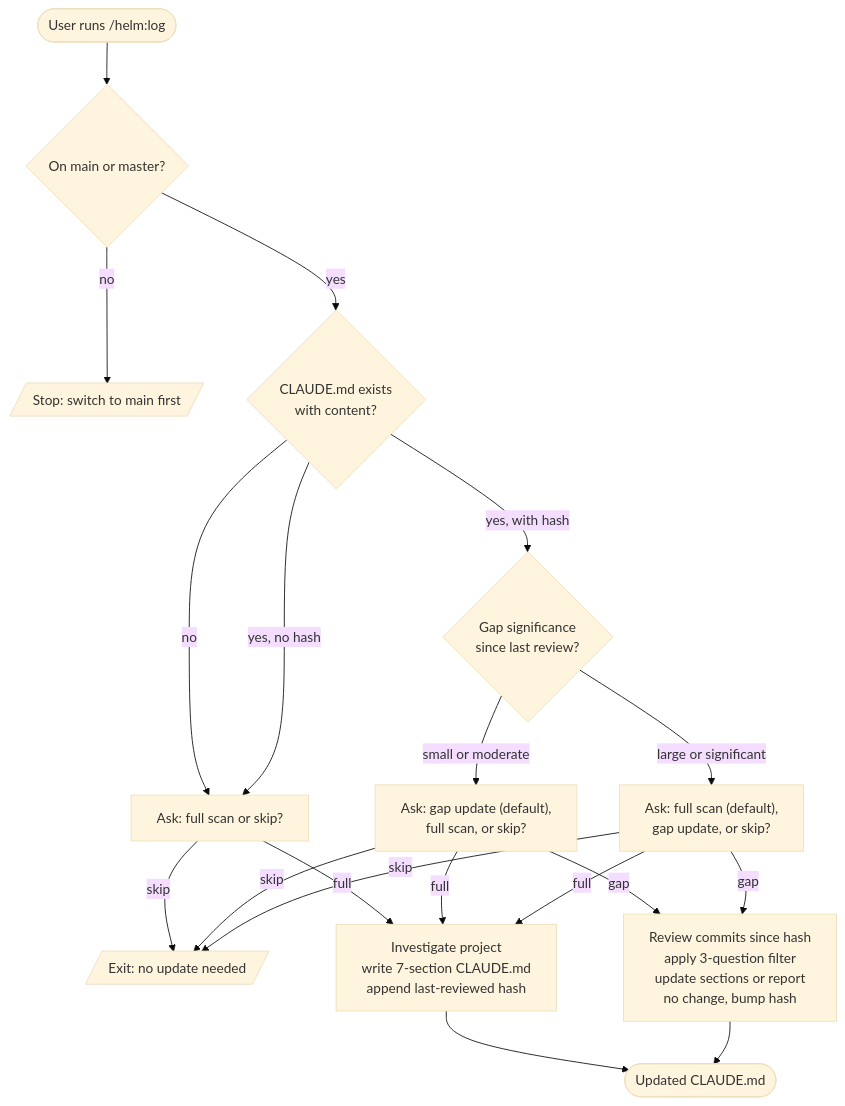
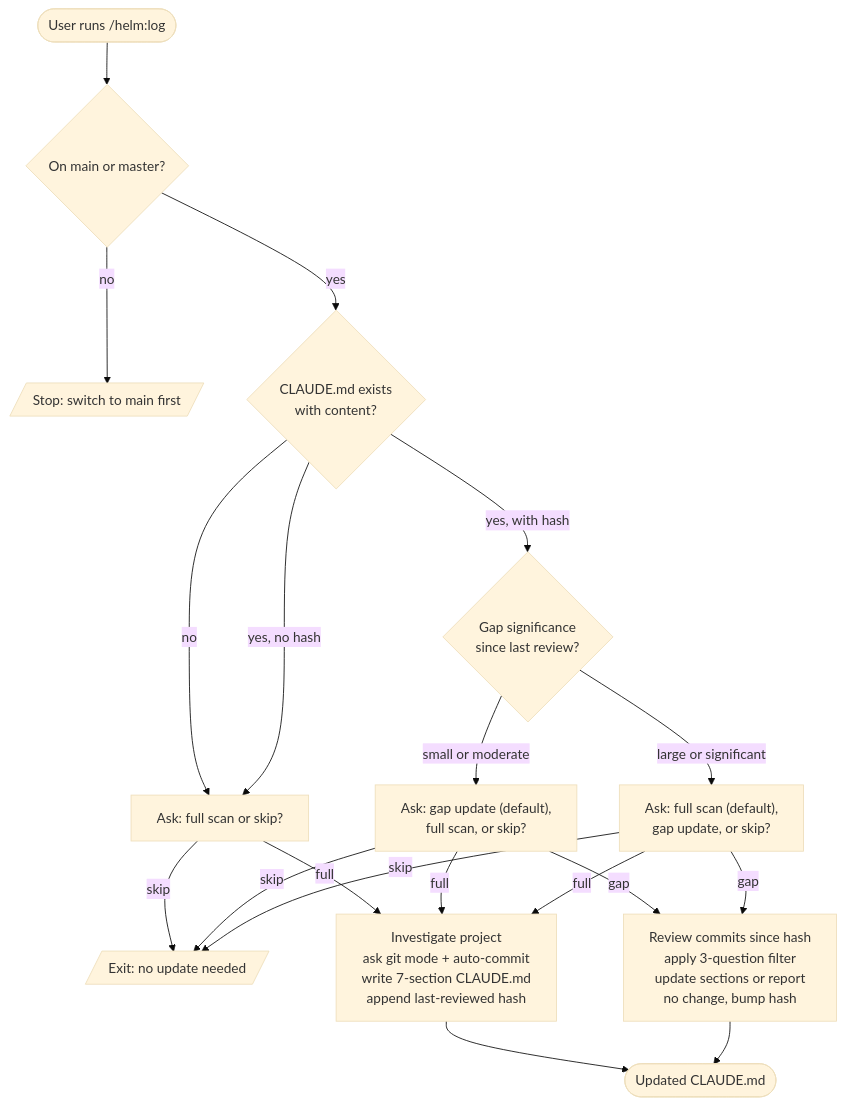
Before and after one commit to myowinthein/agent-helm: the diagram in docs/commands/log.md, drawn with Mermaid (base theme). The commit also changed other lines of this file and 2 other files, not shown here.

Commit message:
feat(log): ask git-auto-commit during full scan; document in rules and log

````diff
--- a/docs/commands/log.md
+++ b/docs/commands/log.md
@@ -13,27 +13,27 @@
 ```mermaid
 flowchart TD
   Start([User runs /helm:log]) --> Branch{On main or master?}
   Branch -->|no| Stop[/Stop: switch to main first/]
   Branch -->|yes| Exists{CLAUDE.md exists<br/>with content?}
 
   Exists -->|no| Mode1[Ask: full scan or skip?]
   Exists -->|yes, no hash| Mode1
   Exists -->|yes, with hash| Gap{Gap significance<br/>since last review?}
 
   Gap -->|small or moderate| Mode2["Ask: gap update (default),<br/>full scan, or skip?"]
   Gap -->|large or significant| Mode3["Ask: full scan (default),<br/>gap update, or skip?"]
 
   Mode1 -->|skip| Skip[/Exit: no update needed/]
   Mode1 -->|full| Full
   Mode2 -->|skip| Skip
   Mode2 -->|full| Full
   Mode2 -->|gap| GapPath
   Mode3 -->|skip| Skip
   Mode3 -->|full| Full
   Mode3 -->|gap| GapPath
 
-  Full[Investigate project<br/>write 7-section CLAUDE.md<br/>append last-reviewed hash] --> Done
+  Full[Investigate project<br/>ask git mode + auto-commit<br/>write 7-section CLAUDE.md<br/>append last-reviewed hash] --> Done
   GapPath[Review commits since hash<br/>apply 3-question filter<br/>update sections or report<br/>no change, bump hash] --> Done
 
   Done([Updated CLAUDE.md])
 ```
````
